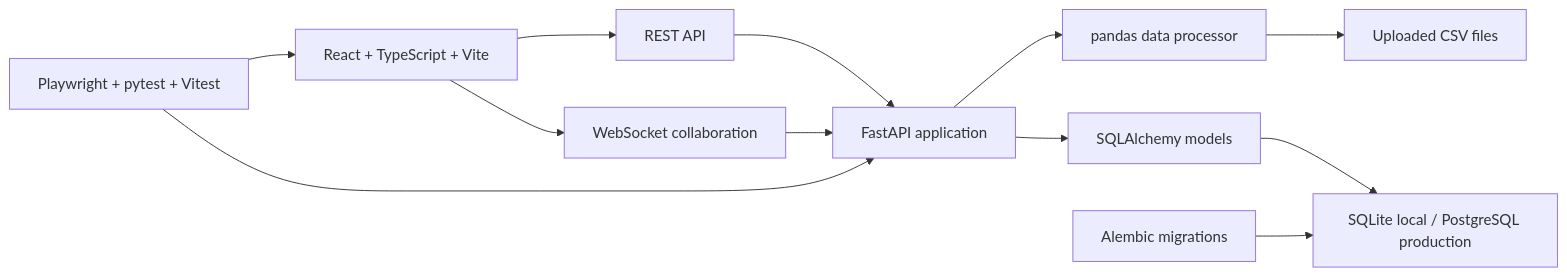
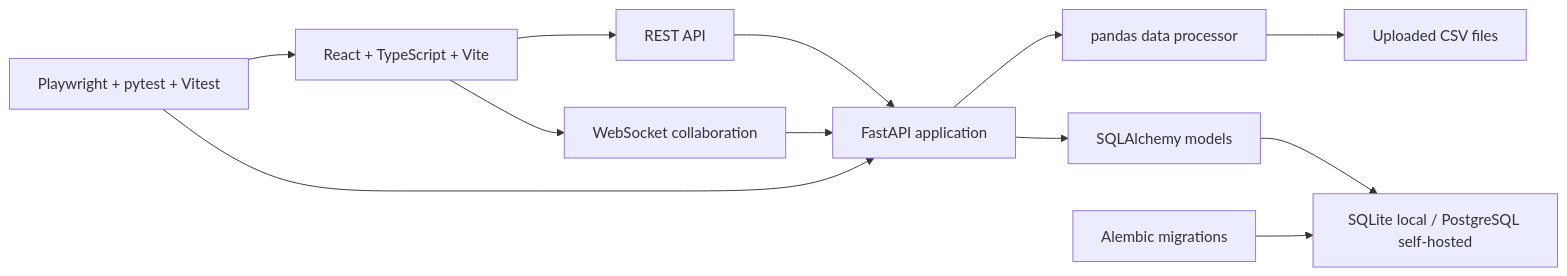
The diagram in README.md (Taz33m/sigma-lite), drawn with Mermaid before and after one commit. The commit also changed other lines of this file and 16 other files, not shown here.

````diff
--- a/README.md
+++ b/README.md
@@ -149,14 +149,14 @@
 ```mermaid
 flowchart LR
     A["React + TypeScript + Vite"] --> B["REST API"]
     A --> C["WebSocket collaboration"]
     B --> D["FastAPI application"]
     C --> D
     D --> E["pandas data processor"]
     D --> F["SQLAlchemy models"]
-    F --> G["SQLite local / PostgreSQL production"]
+    F --> G["SQLite local / PostgreSQL self-hosted"]
     E --> H["Uploaded CSV files"]
     I["Alembic migrations"] --> G
     J["Playwright + pytest + Vitest"] --> A
     J --> D
 ```
````
